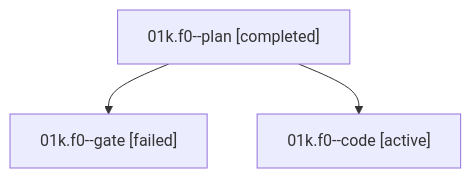
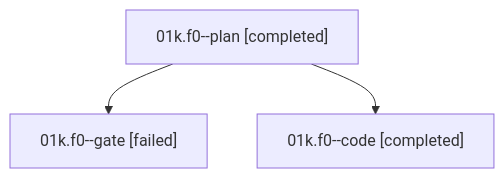
One commit to bobs-org/bob-cli--agents changed the diagram in sessions/bbugyi200.athena.01k.f0.md. Above: the diagram before and after it, drawn with Mermaid. The commit also changed other lines of this file and 20 other files, not shown here.

````diff
--- a/sessions/bbugyi200.athena.01k.f0.md
+++ b/sessions/bbugyi200.athena.01k.f0.md
@@ -9,8 +9,8 @@
 ```mermaid
 flowchart TD
   n0["01k.f0--plan [completed]"]
   n1["01k.f0--gate [failed]"]
   n0 --> n1
-  n2["01k.f0--code [active]"]
+  n2["01k.f0--code [completed]"]
   n0 --> n2
 ```
````
